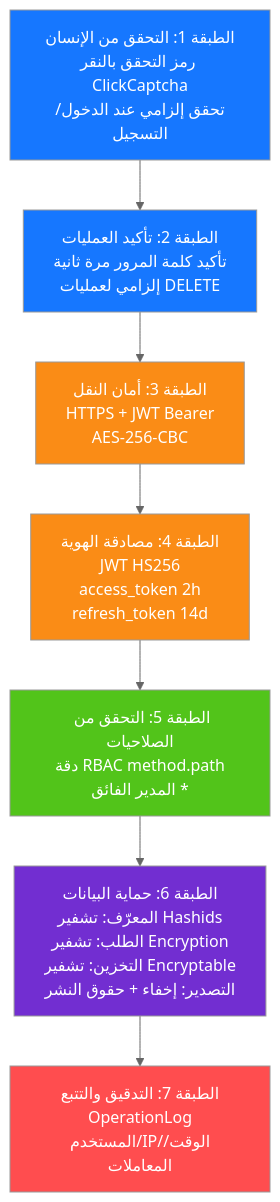
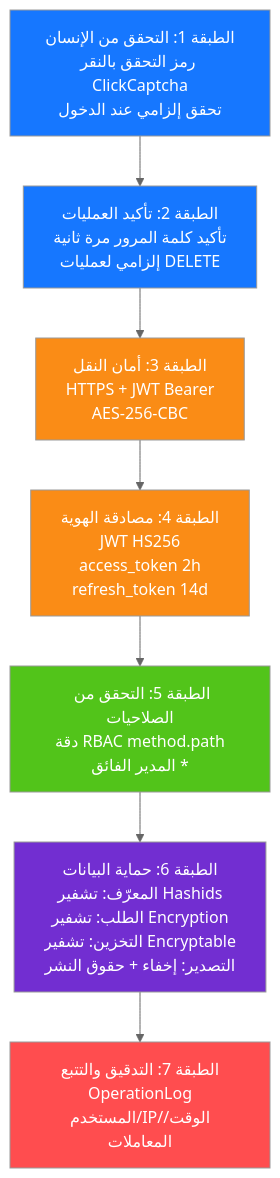
One commit to erikwang2013/open-admin changed the diagram in docs/diagrams/11-security-defense.ar.md. Above: the diagram before and after it, drawn with Mermaid (neutral theme). The commit also changed 115 other files, not shown here.

First line of the commit message:
功能：新增项目宠物「小安」、站点首页与手写 SVG 设计图集；全部文档对齐代码

````diff
--- a/docs/diagrams/11-security-defense.ar.md
+++ b/docs/diagrams/11-security-defense.ar.md
@@ -7,20 +7,20 @@
 ```mermaid
 flowchart TB
-    l1["الطبقة 1: التحقق من الإنسان<br/>رمز التحقق بالنقر ClickCaptcha<br/>تحقق إلزامي عند الدخول/التسجيل"]
+    l1["الطبقة 1: التحقق من الإنسان<br/>رمز التحقق بالنقر ClickCaptcha<br/>تحقق إلزامي عند الدخول"]
     l2["الطبقة 2: تأكيد العمليات<br/>تأكيد كلمة المرور مرة ثانية<br/>إلزامي لعمليات DELETE"]
     l3["الطبقة 3: أمان النقل<br/>HTTPS + JWT Bearer<br/>AES-256-CBC"]
     l4["الطبقة 4: مصادقة الهوية<br/>JWT HS256<br/>access_token 2h<br/>refresh_token 14d"]
     l5["الطبقة 5: التحقق من الصلاحيات<br/>دقة RBAC method.path<br/>المدير الفائق *"]
     l6["الطبقة 6: حماية البيانات<br/>المعرّف: تشفير Hashids<br/>الطلب: تشفير Encryption<br/>التخزين: تشفير Encryptable<br/>التصدير: إخفاء + حقوق النشر"]
     l7["الطبقة 7: التدقيق والتتبع<br/>OperationLog<br/>المستخدم/IP/الوقت/المعاملات"]
 
     l1 --> l2 --> l3 --> l4 --> l5 --> l6 --> l7
 
     style l1 fill:#1677FF,color:#fff
     style l2 fill:#1677FF,color:#fff
     style l3 fill:#FA8C16,color:#fff
     style l4 fill:#FA8C16,color:#fff
     style l5 fill:#52C41A,color:#fff
     style l6 fill:#722ED1,color:#fff
     style l7 fill:#FF4D4F,color:#fff
 ```
````
